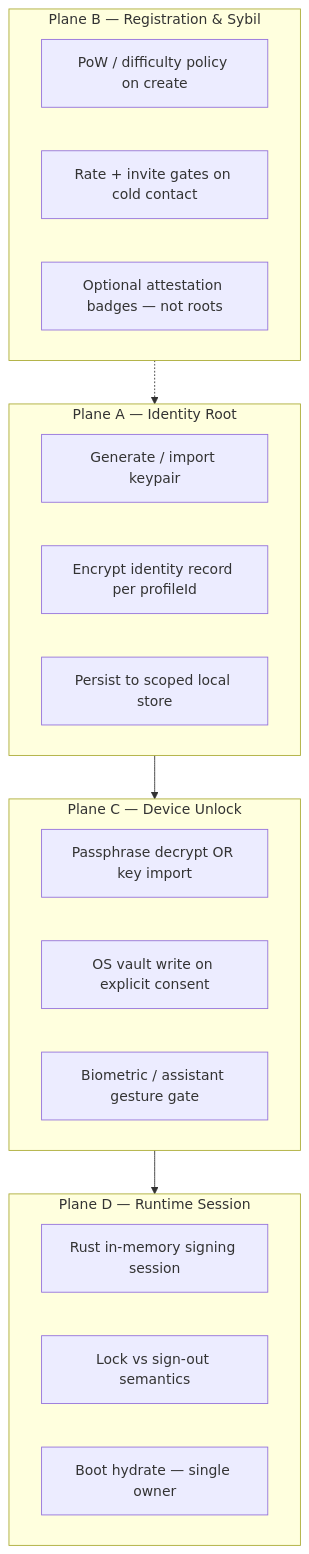
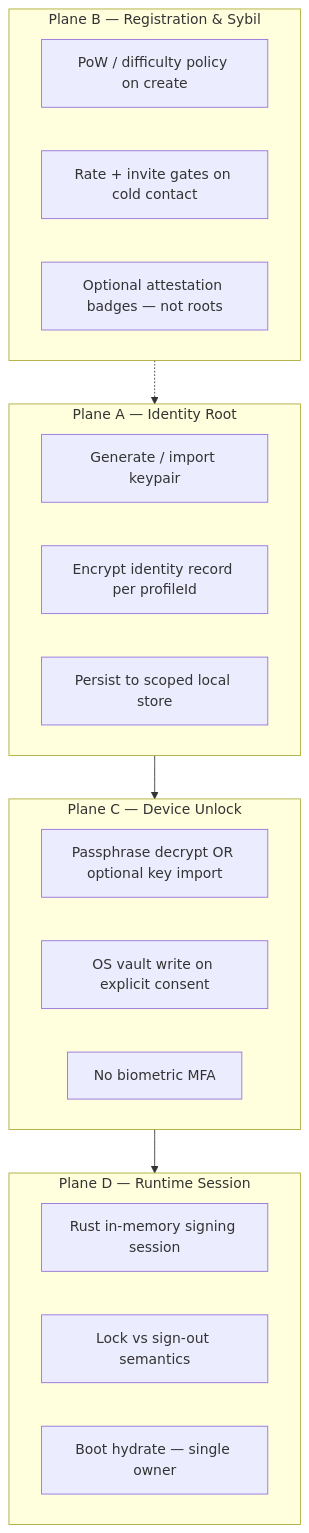
Before and after one commit to Dendro-X0/Obscur: the diagram in docs/program/obscur-auth-kernel-charter-2026-06.md, drawn with Mermaid. The commit also changed other lines of this file and 117 other files, not shown here.

````diff
--- a/docs/program/obscur-auth-kernel-charter-2026-06.md
+++ b/docs/program/obscur-auth-kernel-charter-2026-06.md
@@ -58,30 +58,30 @@
 ```mermaid
 flowchart TB
   subgraph roots [Plane A — Identity Root]
     A1[Generate / import keypair]
     A2[Encrypt identity record per profileId]
     A3[Persist to scoped local store]
   end
 
   subgraph reg [Plane B — Registration & Sybil]
     B1[PoW / difficulty policy on create]
     B2[Rate + invite gates on cold contact]
     B3[Optional attestation badges — not roots]
   end
 
   subgraph unlock [Plane C — Device Unlock]
-    C1[Passphrase decrypt OR key import]
+    C1[Passphrase decrypt OR optional key import]
     C2[OS vault write on explicit consent]
-    C3[Biometric / assistant gesture gate]
+    C3[No biometric MFA]
   end
 
   subgraph session [Plane D — Runtime Session]
     D1[Rust in-memory signing session]
     D2[Lock vs sign-out semantics]
     D3[Boot hydrate — single owner]
   end
 
   roots --> unlock
   unlock --> session
   reg -.-> roots
 ```
````
